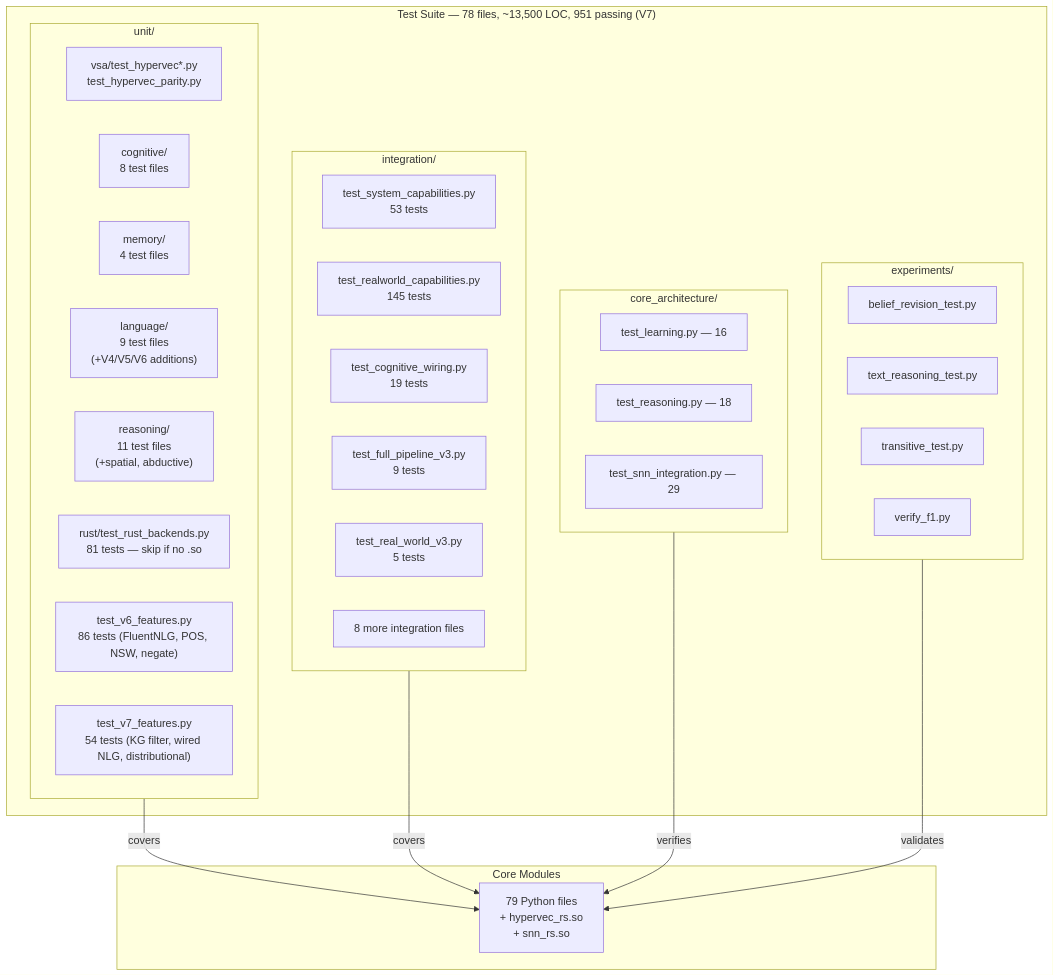
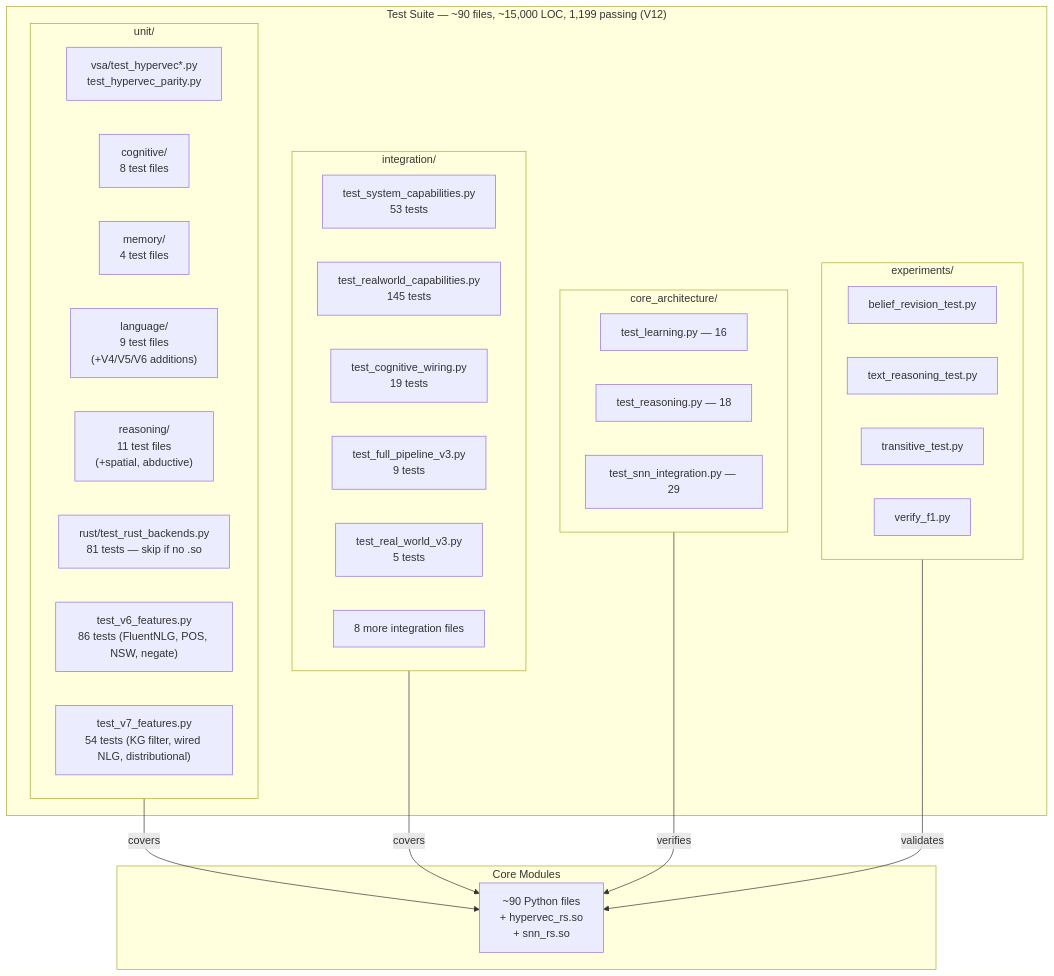
Before and after one commit to shiva2321/Neuro-Symbolic-Cognitive-Kernel: the sixth of 6 diagrams in nsck/docs/REPOMAP.md, drawn with Mermaid. The commit also changed other lines of this file and 14 other files, not shown here.

````diff
--- a/nsck/docs/REPOMAP.md
+++ b/nsck/docs/REPOMAP.md
@@ -389,46 +403,46 @@
 ```mermaid
 graph TD
-    subgraph TestSuite["Test Suite — 78 files, ~13,500 LOC, 951 passing (V7)"]
+    subgraph TestSuite["Test Suite — ~90 files, ~15,000 LOC, 1,199 passing (V12)"]
         subgraph Unit["unit/"]
             TU_vsa["vsa/test_hypervec*.py<br/>test_hypervec_parity.py"]
             TU_cog["cognitive/<br/>8 test files"]
             TU_mem["memory/<br/>4 test files"]
             TU_lang["language/<br/>9 test files<br/>(+V4/V5/V6 additions)"]
             TU_reason["reasoning/<br/>11 test files<br/>(+spatial, abductive)"]
             TU_rust["rust/test_rust_backends.py<br/>81 tests — skip if no .so"]
             TU_v6["test_v6_features.py<br/>86 tests (FluentNLG, POS, NSW, negate)"]
             TU_v7["test_v7_features.py<br/>54 tests (KG filter, wired NLG, distributional)"]
         end
 
         subgraph Integration["integration/"]
             TI1["test_system_capabilities.py<br/>53 tests"]
             TI2["test_realworld_capabilities.py<br/>145 tests"]
             TI3["test_cognitive_wiring.py<br/>19 tests"]
             TI4["test_full_pipeline_v3.py<br/>9 tests"]
             TI5["test_real_world_v3.py<br/>5 tests"]
             TIX["8 more integration files"]
         end
 
         subgraph CoreArch["core_architecture/"]
             TC1["test_learning.py — 16"]
             TC2["test_reasoning.py — 18"]
             TC3["test_snn_integration.py — 29"]
         end
 
         subgraph Experiments["experiments/"]
             TE1["belief_revision_test.py"]
             TE2["text_reasoning_test.py"]
             TE3["transitive_test.py"]
             TE4["verify_f1.py"]
         end
     end
 
     subgraph Modules["Core Modules"]
-        M1["79 Python files<br/>+ hypervec_rs.so<br/>+ snn_rs.so"]
+        M1["~90 Python files<br/>+ hypervec_rs.so<br/>+ snn_rs.so"]
     end
 
     Unit -->|"covers"| M1
     Integration -->|"covers"| M1
     CoreArch -->|"verifies"| M1
     Experiments -->|"validates"| M1
 ```
````
